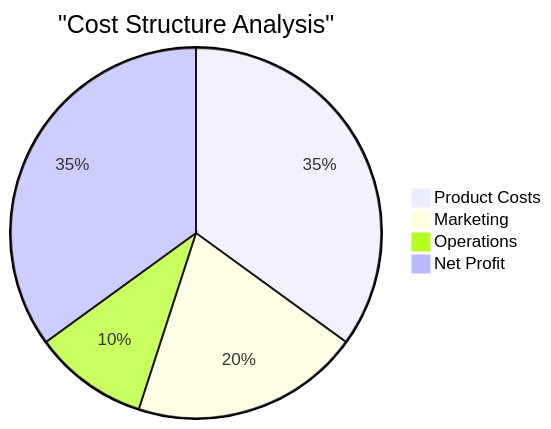
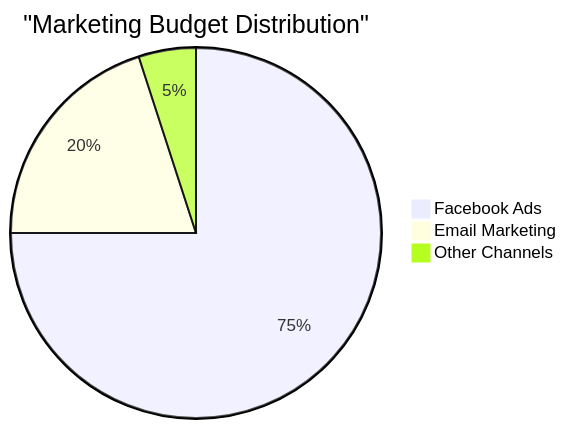
Diagram 11 of 14 in content/projects/shopify/Index.md (pavankakarrot/my-portfolio-website), drawn with Mermaid before and after one commit. The commit also changed other lines of this file, not shown here.

````diff
--- a/content/projects/shopify/Index.md
+++ b/content/projects/shopify/Index.md
@@ -429,7 +520,6 @@
 ```mermaid
-pie title "Cost Structure Analysis"
-    "Product Costs" : 35
-    "Marketing" : 20
-    "Operations" : 10
-    "Net Profit" : 35
+pie title "Marketing Budget Distribution"
+    "Facebook Ads" : 75
+    "Email Marketing" : 20
+    "Other Channels" : 5
 ```
````
